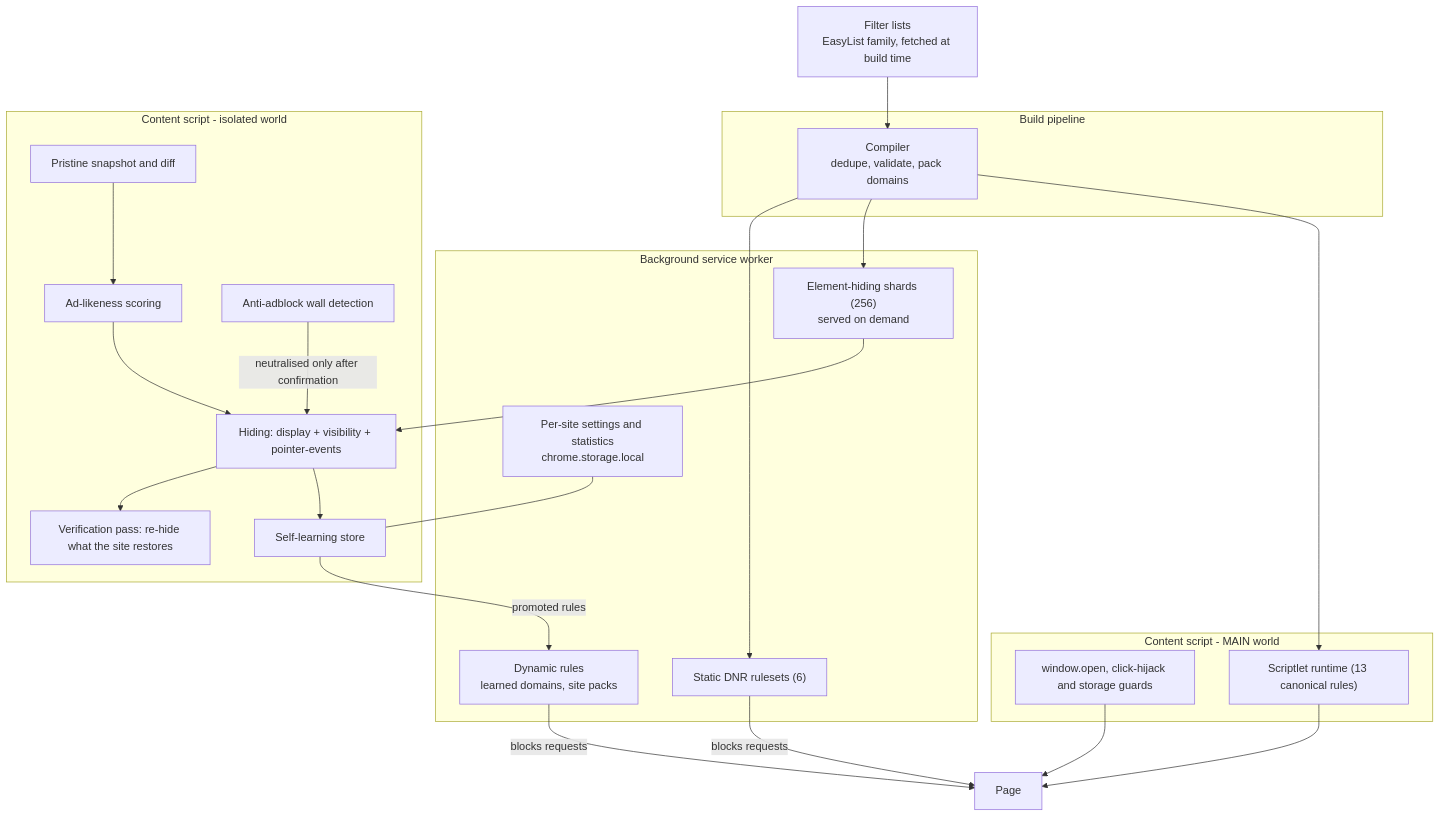
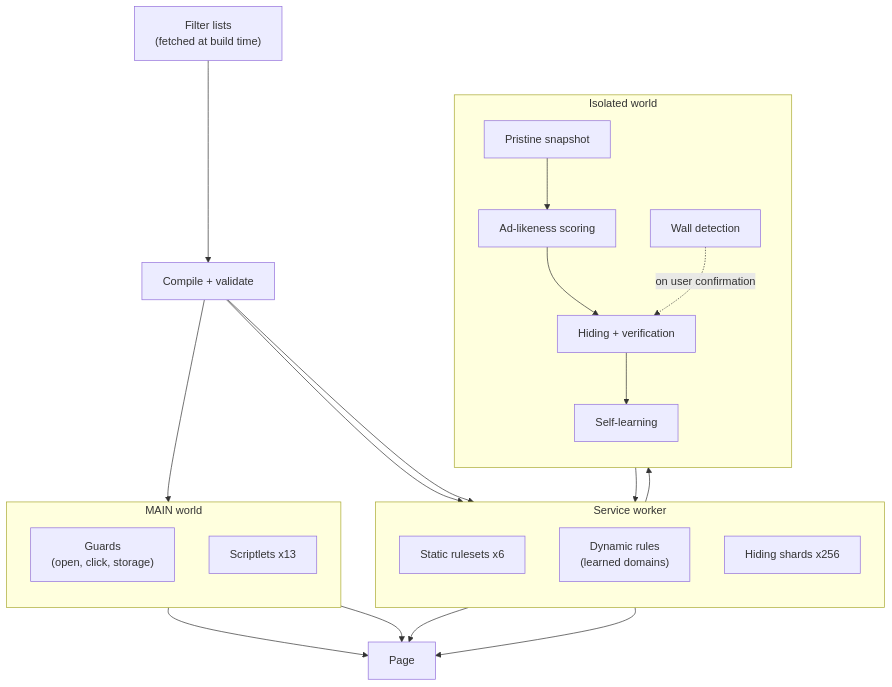
Before and after one commit to jfxia/AdBlow: the diagram in docs/diagrams/architecture-en.mmd, drawn with Mermaid. The commit also changed 9 other files, not shown here.

First line of the commit message:
fix(readme): 优化两张图的可读性，并删除图下方的说明行

```diff
--- a/docs/diagrams/architecture-en.mmd
+++ b/docs/diagrams/architecture-en.mmd
@@ -1,38 +1,43 @@
 flowchart TB
-  lists["Filter lists<br/>EasyList family, fetched at build time"]
-  subgraph build["Build pipeline"]
-    compile["Compiler<br/>dedupe, validate, pack domains"]
+  lists["Filter lists<br/>(fetched at build time)"]
+  compile["Compile + validate"]
+  lists --> compile
+
+  subgraph sw["Service worker"]
+    direction TB
+    rules["Static rulesets x6"]
+    dynamic["Dynamic rules<br/>(learned domains)"]
+    shards["Hiding shards x256"]
   end
-  subgraph sw["Background service worker"]
-    rulesets["Static DNR rulesets (6)"]
-    dynamic["Dynamic rules<br/>learned domains, site packs"]
-    shards["Element-hiding shards (256)<br/>served on demand"]
-    stats["Per-site settings and statistics<br/>chrome.storage.local"]
+
+  subgraph iso["Isolated world"]
+    direction TB
+    snapshot["Pristine snapshot"]
+    score["Ad-likeness scoring"]
+    hiding["Hiding + verification"]
+    learn["Self-learning"]
+    wall["Wall detection"]
   end
-  subgraph isolated["Content script - isolated world"]
-    pristine["Pristine snapshot and diff"]
-    judge["Ad-likeness scoring"]
-    hide["Hiding: display + visibility + pointer-events"]
-    verify["Verification pass: re-hide what the site restores"]
-    learn["Self-learning store"]
-    wall["Anti-adblock wall detection"]
+
+  subgraph mw["MAIN world"]
+    direction TB
+    guards["Guards<br/>(open, click, storage)"]
+    scriptlets["Scriptlets x13"]
   end
-  subgraph main["Content script - MAIN world"]
-    guards["window.open, click-hijack and storage guards"]
-    runtime["Scriptlet runtime (13 canonical rules)"]
-  end
+
   page["Page"]
 
-  lists --> compile --> rulesets
+  compile --> rules
   compile --> shards
-  compile --> runtime
-  rulesets -->|"blocks requests"| page
-  dynamic -->|"blocks requests"| page
-  shards --> hide
-  pristine --> judge --> hide --> verify
-  hide --> learn
-  learn -->|"promoted rules"| dynamic
-  stats --- learn
-  wall -->|"neutralised only after confirmation"| hide
+  compile --> scriptlets
+  shards --> hiding
+  snapshot --> score
+  score --> hiding
+  hiding --> learn
+  learn --> dynamic
+  wall -. "on user confirmation" .-> hiding
+  hiding ~~~ guards
+  rules --> page
+  dynamic --> page
   guards --> page
-  runtime --> page
+  scriptlets --> page
```
